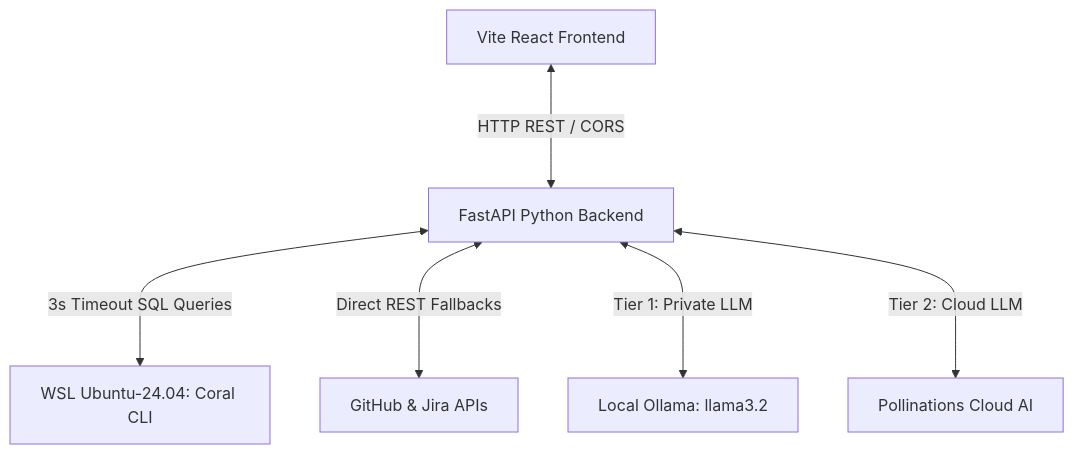
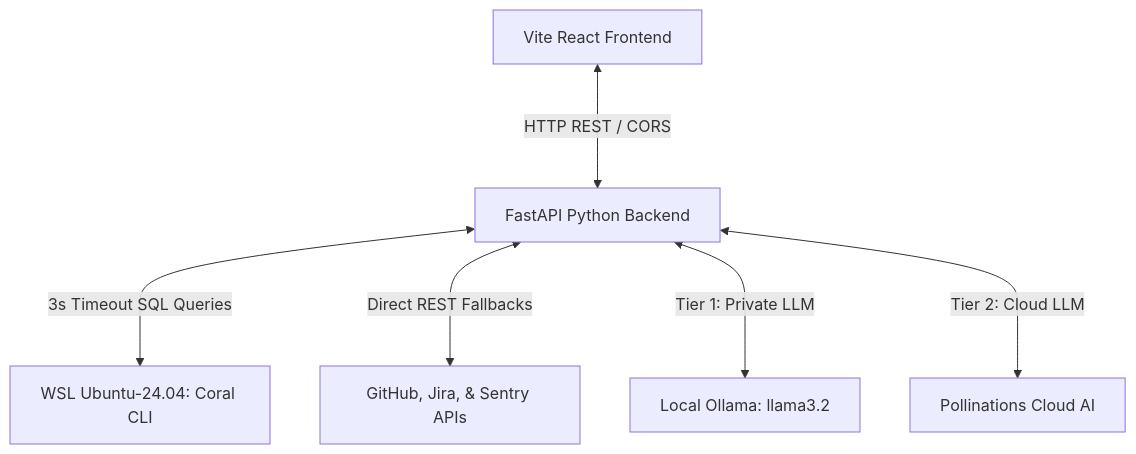
One commit to unnatikdm/TOP changed the diagram in enterprise-agent/README.md. Above: the diagram before and after it, drawn with Mermaid. The commit also changed other lines of this file, not shown here.

````diff
--- a/enterprise-agent/README.md
+++ b/enterprise-agent/README.md
@@ -42,8 +64,8 @@
 ```mermaid
 graph TD
     A[Vite React Frontend] <--->|HTTP REST / CORS| B[FastAPI Python Backend]
     B <--->|3s Timeout SQL Queries| C[WSL Ubuntu-24.04: Coral CLI]
-    B <--->|Direct REST Fallbacks| D[GitHub & Jira APIs]
+    B <--->|Direct REST Fallbacks| D[GitHub, Jira, & Sentry APIs]
     B <--->|Tier 1: Private LLM| E[Local Ollama: llama3.2]
     B <--->|Tier 2: Cloud LLM| F[Pollinations Cloud AI]
 ```
````
